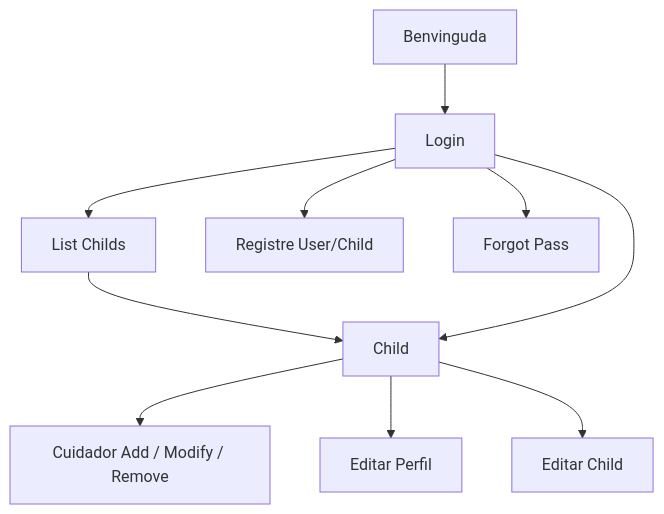
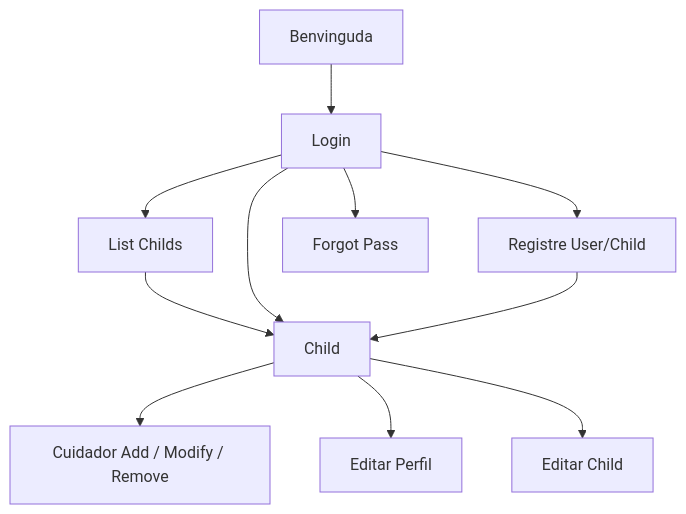
Before and after one commit to amallad2/tapatapp-24-25-public: the diagram in charts/wireframes-p2.mermaid, drawn with Mermaid.

Commit message:
prototip 2

```diff
--- a/charts/wireframes-p2.mermaid
+++ b/charts/wireframes-p2.mermaid
@@ -1,10 +1,11 @@
 graph TD;
     A[Benvinguda] --> B[Login]
     B --> C[List Childs]
     C --> D[Child]
     B --> D
     B --> E[Registre User/Child]
     B --> F[Forgot Pass]
     D --> G[Cuidador Add / Modify / Remove]
     D --> H[Editar Perfil]
     D --> I[Editar Child]
+    E --> D
```
